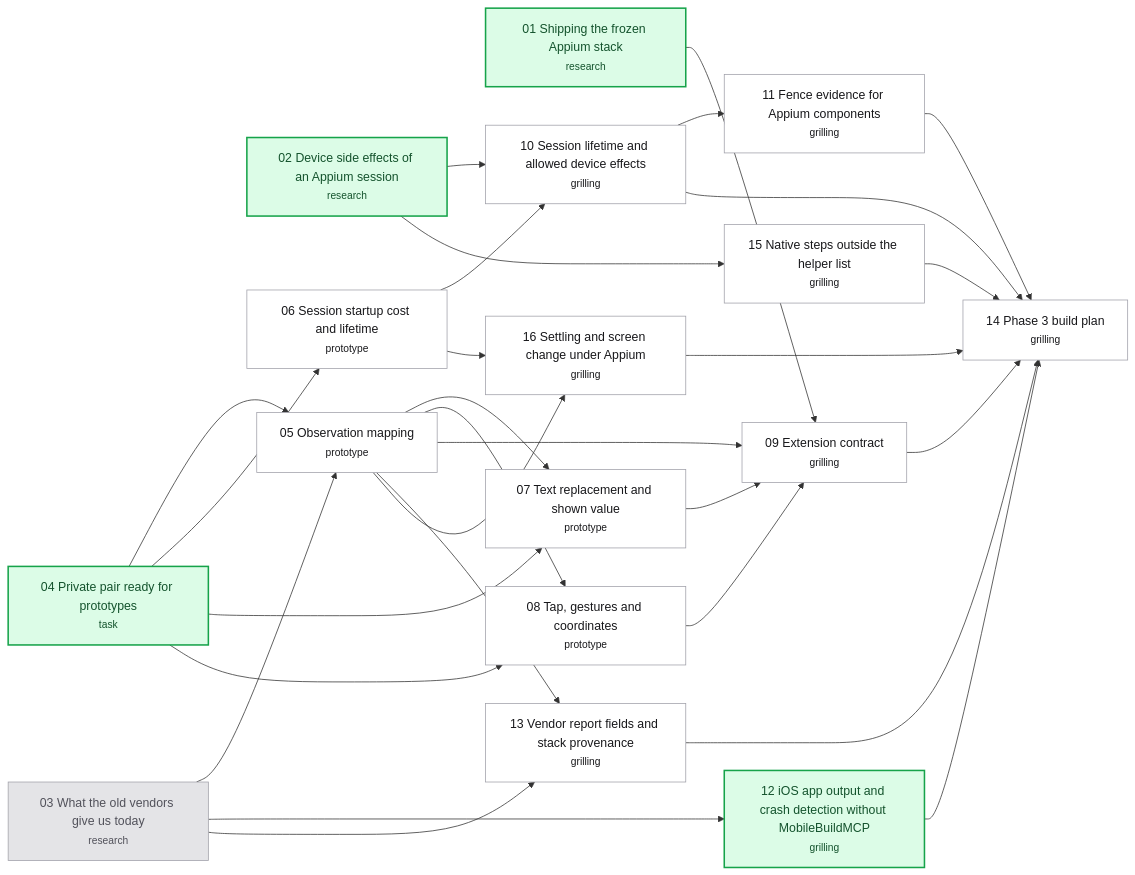
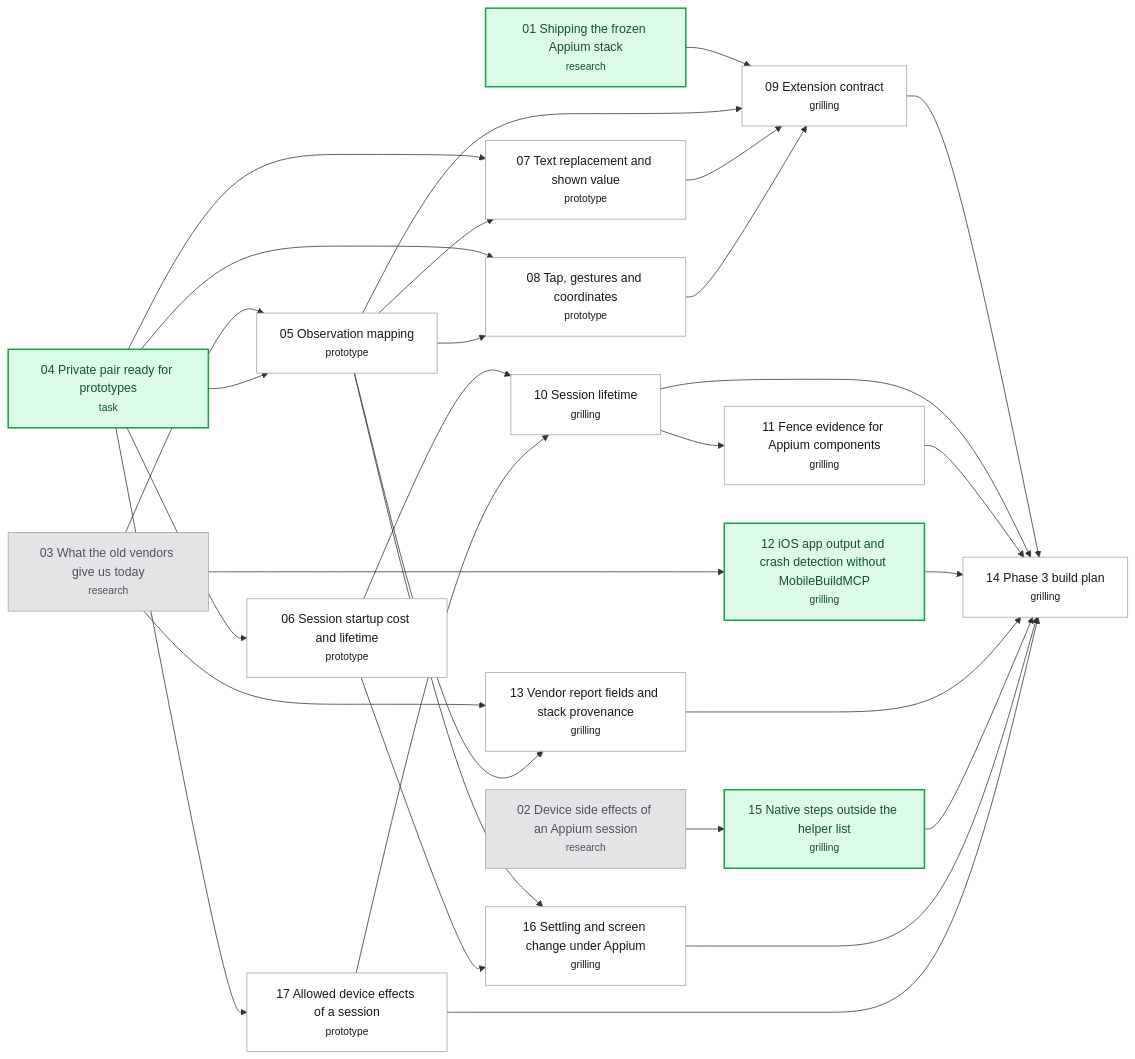
One commit to hugues-vnsgn/jev-ios-bridge changed the diagram in .scratch/appium-phase3/map.md. Above: the diagram before and after it, drawn with Mermaid. The commit also changed other lines of this file and 9 other files, not shown here.

First line of the commit message:
docs(appium-phase3): resolve Device side effects of an Appium session

````diff
--- a/.scratch/appium-phase3/map.md
+++ b/.scratch/appium-phase3/map.md
@@ -73,53 +74,56 @@
 ```mermaid
 flowchart LR
     T01["01 Shipping the frozen Appium stack<br/><small>research</small>"]
     T02["02 Device side effects of an Appium session<br/><small>research</small>"]
     T03["03 What the old vendors give us today<br/><small>research</small>"]
     T04["04 Private pair ready for prototypes<br/><small>task</small>"]
     T05["05 Observation mapping<br/><small>prototype</small>"]
     T06["06 Session startup cost and lifetime<br/><small>prototype</small>"]
     T07["07 Text replacement and shown value<br/><small>prototype</small>"]
     T08["08 Tap, gestures and coordinates<br/><small>prototype</small>"]
     T09["09 Extension contract<br/><small>grilling</small>"]
-    T10["10 Session lifetime and allowed device effects<br/><small>grilling</small>"]
+    T10["10 Session lifetime<br/><small>grilling</small>"]
     T11["11 Fence evidence for Appium components<br/><small>grilling</small>"]
     T12["12 iOS app output and crash detection without MobileBuildMCP<br/><small>grilling</small>"]
     T13["13 Vendor report fields and stack provenance<br/><small>grilling</small>"]
     T14["14 Phase 3 build plan<br/><small>grilling</small>"]
     T15["15 Native steps outside the helper list<br/><small>grilling</small>"]
     T16["16 Settling and screen change under Appium<br/><small>grilling</small>"]
+    T17["17 Allowed device effects of a session<br/><small>prototype</small>"]
     T03 --> T05
     T04 --> T05
     T04 --> T06
     T04 --> T07
     T05 --> T07
     T04 --> T08
     T05 --> T08
     T01 --> T09
     T05 --> T09
     T07 --> T09
     T08 --> T09
-    T02 --> T10
     T06 --> T10
+    T17 --> T10
     T10 --> T11
     T03 --> T12
     T03 --> T13
     T05 --> T13
     T09 --> T14
     T10 --> T14
     T11 --> T14
     T12 --> T14
     T13 --> T14
     T15 --> T14
     T16 --> T14
+    T17 --> T14
     T02 --> T15
     T05 --> T16
     T06 --> T16
+    T04 --> T17
     classDef resolved fill:#e4e4e7,stroke:#a1a1aa,color:#52525b
     classDef claimed fill:#dbeafe,stroke:#2563eb,color:#1e3a8a
     classDef frontier fill:#dcfce7,stroke:#16a34a,color:#14532d,stroke-width:2px
     classDef blocked fill:#ffffff,stroke:#a1a1aa,color:#18181b
-    class T03 resolved
-    class T01,T02,T04,T12 frontier
-    class T05,T06,T07,T08,T09,T10,T11,T13,T14,T15,T16 blocked
+    class T02,T03 resolved
+    class T01,T04,T12,T15 frontier
+    class T05,T06,T07,T08,T09,T10,T11,T13,T14,T16,T17 blocked
 ```
````
